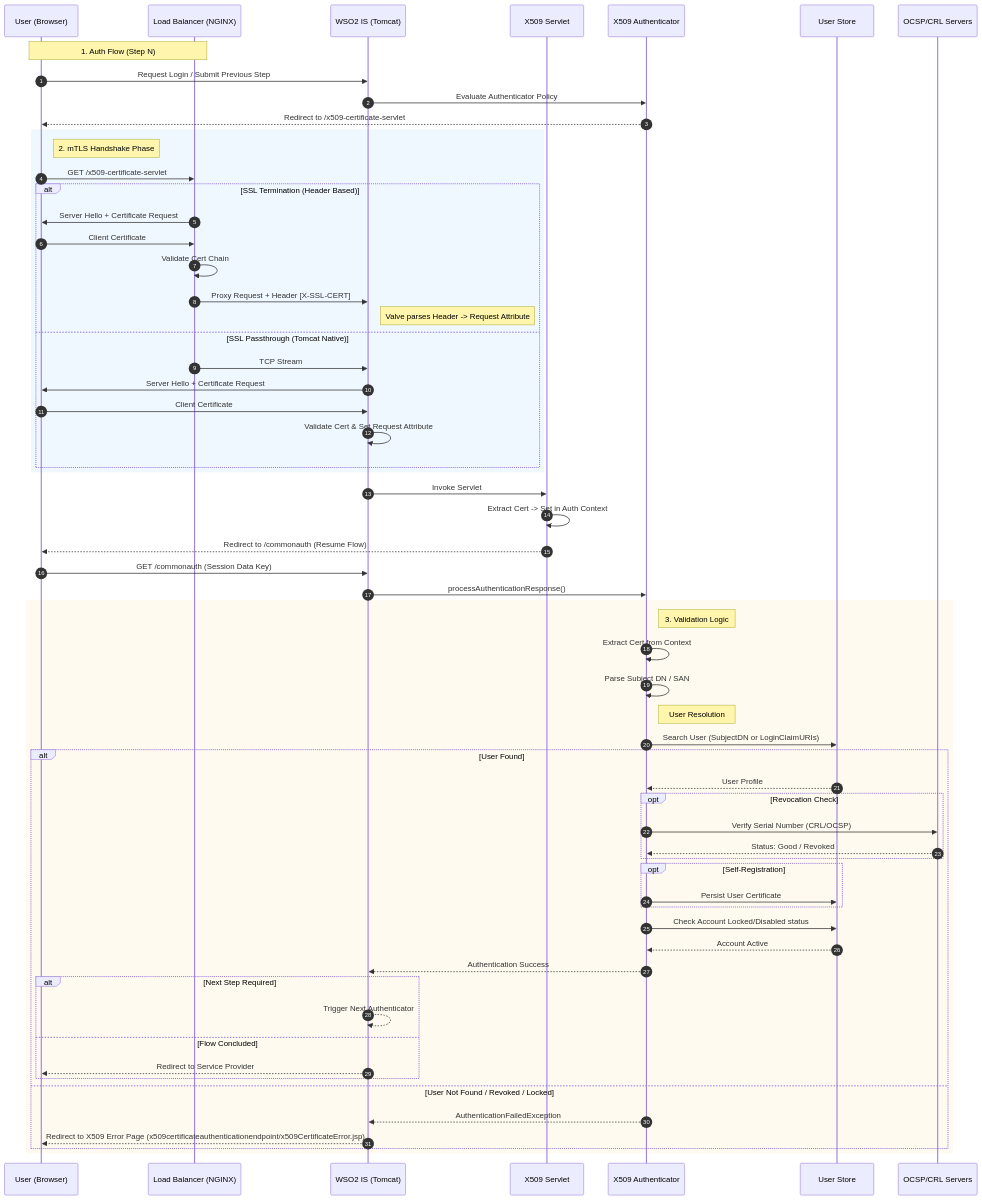
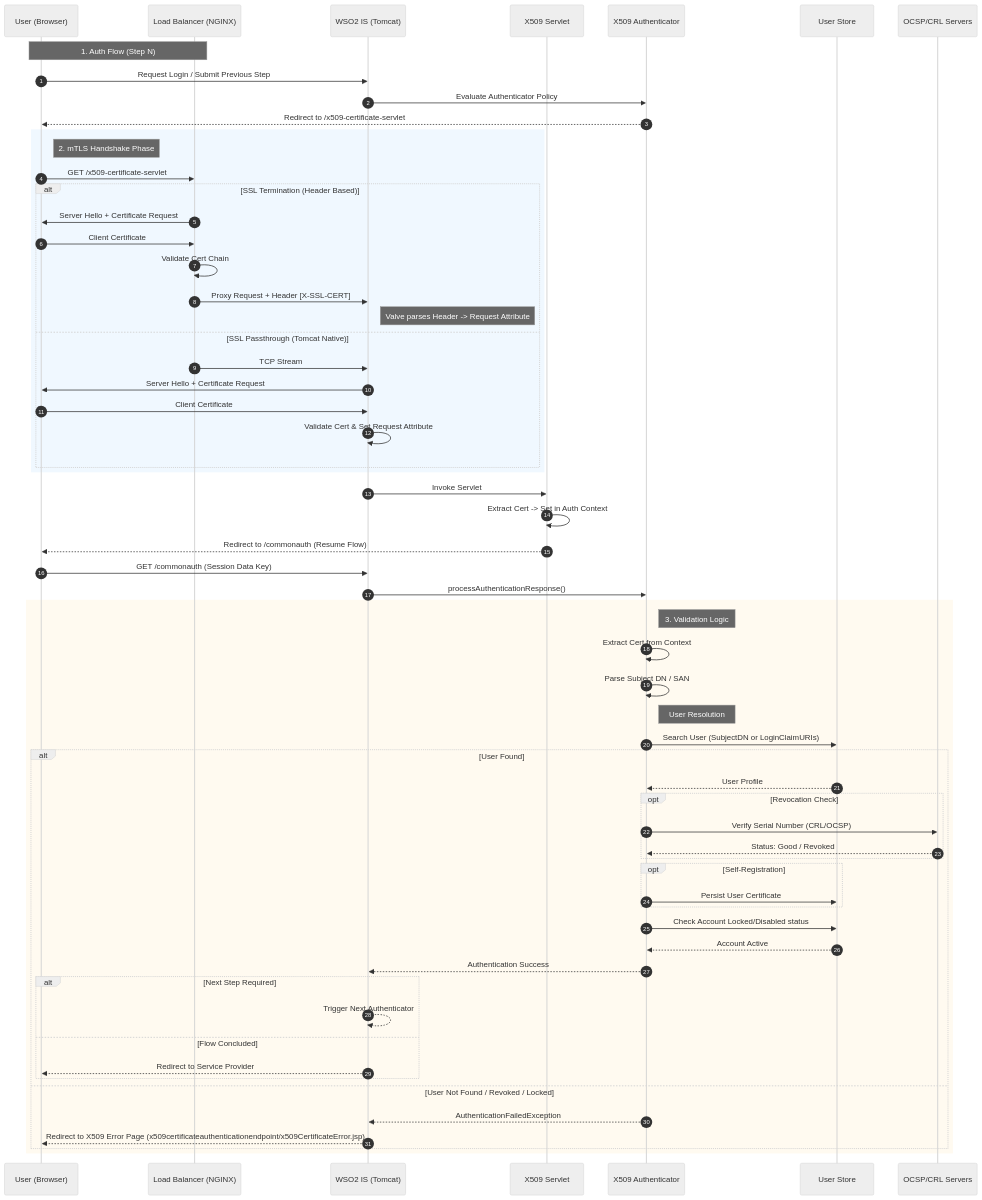
Before and after one commit to vfraga/wso2is-custom-x509-auth: the diagram in README.md, drawn with Mermaid.

Commit message:
add mermaid neutral theme

````diff
--- a/README.md
+++ b/README.md
@@ -46,79 +46,79 @@
 ```mermaid
-%%{init: {'theme': 'default'}}%%
+%%{init: { 'theme': 'neutral' } }%%
 sequenceDiagram
     autonumber
     participant User as User (Browser)
     participant LB as Load Balancer (NGINX)
     participant Tomcat as WSO2 IS (Tomcat)
     participant Servlet as X509 Servlet
     participant Auth as X509 Authenticator
     participant US as User Store
     participant OCSP as OCSP/CRL Servers
 
     Note over User, LB: 1. Auth Flow (Step N)
     User->>Tomcat: Request Login / Submit Previous Step
     Tomcat->>Auth: Evaluate Authenticator Policy
     Auth-->>User: Redirect to /x509-certificate-servlet
     
     rect rgb(240, 248, 255)
         Note right of User: 2. mTLS Handshake Phase
         User->>LB: GET /x509-certificate-servlet
         
         alt SSL Termination (Header Based)
             LB->>User: Server Hello + Certificate Request
             User->>LB: Client Certificate
             LB->>LB: Validate Cert Chain
             LB->>Tomcat: Proxy Request + Header [X-SSL-CERT]
             Note right of Tomcat: Valve parses Header -> Request Attribute
         else SSL Passthrough (Tomcat Native)
             LB->>Tomcat: TCP Stream
             Tomcat->>User: Server Hello + Certificate Request
             User->>Tomcat: Client Certificate
             Tomcat->>Tomcat: Validate Cert & Set Request Attribute
         end
     end
 
     Tomcat->>Servlet: Invoke Servlet
     Servlet->>Servlet: Extract Cert -> Set in Auth Context
     Servlet-->>User: Redirect to /commonauth (Resume Flow)
 
     User->>Tomcat: GET /commonauth (Session Data Key)
     Tomcat->>Auth: processAuthenticationResponse()
 
     rect rgb(255, 250, 240)
         Note right of Auth: 3. Validation Logic
         Auth->>Auth: Extract Cert from Context
         Auth->>Auth: Parse Subject DN / SAN
         
         Note right of Auth: User Resolution
         Auth->>US: Search User (SubjectDN or LoginClaimURIs)
         
         alt User Found
             US-->>Auth: User Profile
             
             opt Revocation Check
                 Auth->>OCSP: Verify Serial Number (CRL/OCSP)
                 OCSP-->>Auth: Status: Good / Revoked
             end
 
             opt Self-Registration
                 Auth->>US: Persist User Certificate
             end
 
             Auth->>US: Check Account Locked/Disabled status
             US-->>Auth: Account Active
             
             Auth-->>Tomcat: Authentication Success
             
             alt Next Step Required
                 Tomcat-->>Tomcat: Trigger Next Authenticator
             else Flow Concluded
                 Tomcat-->>User: Redirect to Service Provider
             end
 
         else User Not Found / Revoked / Locked
             Auth-->>Tomcat: AuthenticationFailedException
             Tomcat-->>User: Redirect to X509 Error Page (x509certificateauthenticationendpoint/x509CertificateError.jsp)
         end
     end
 ```
````
